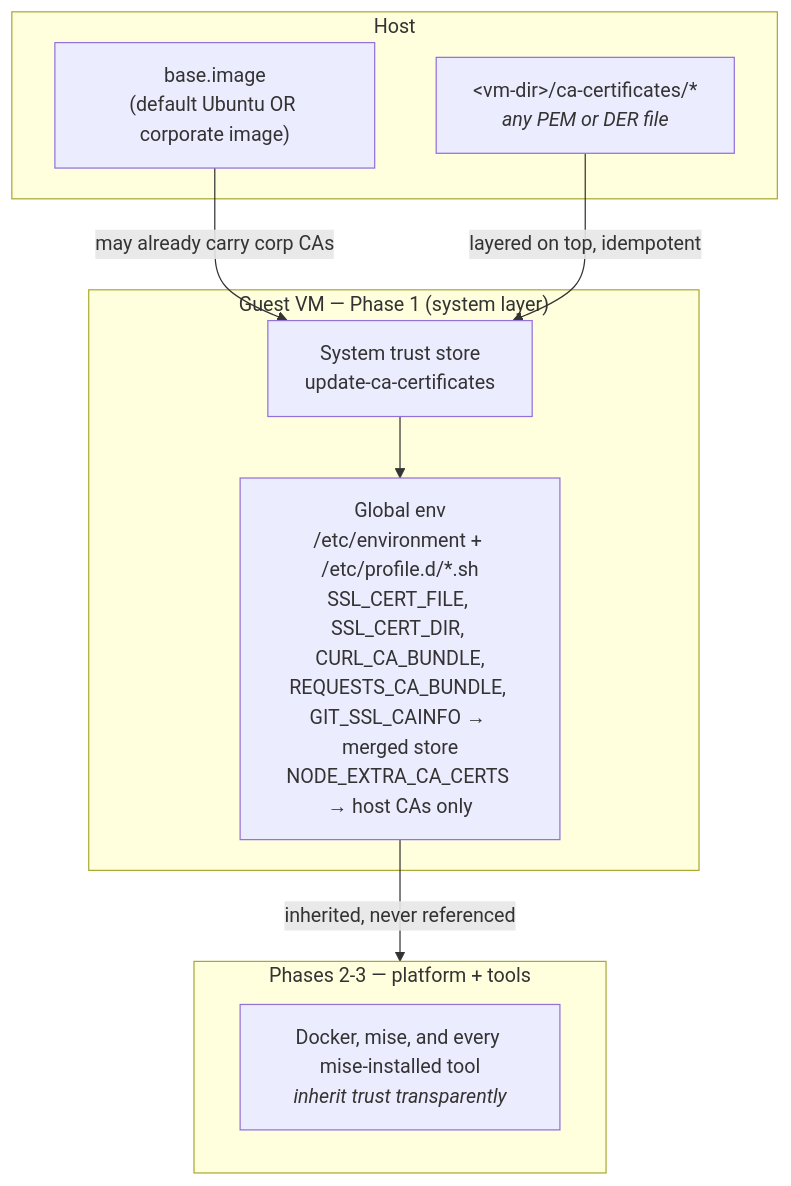
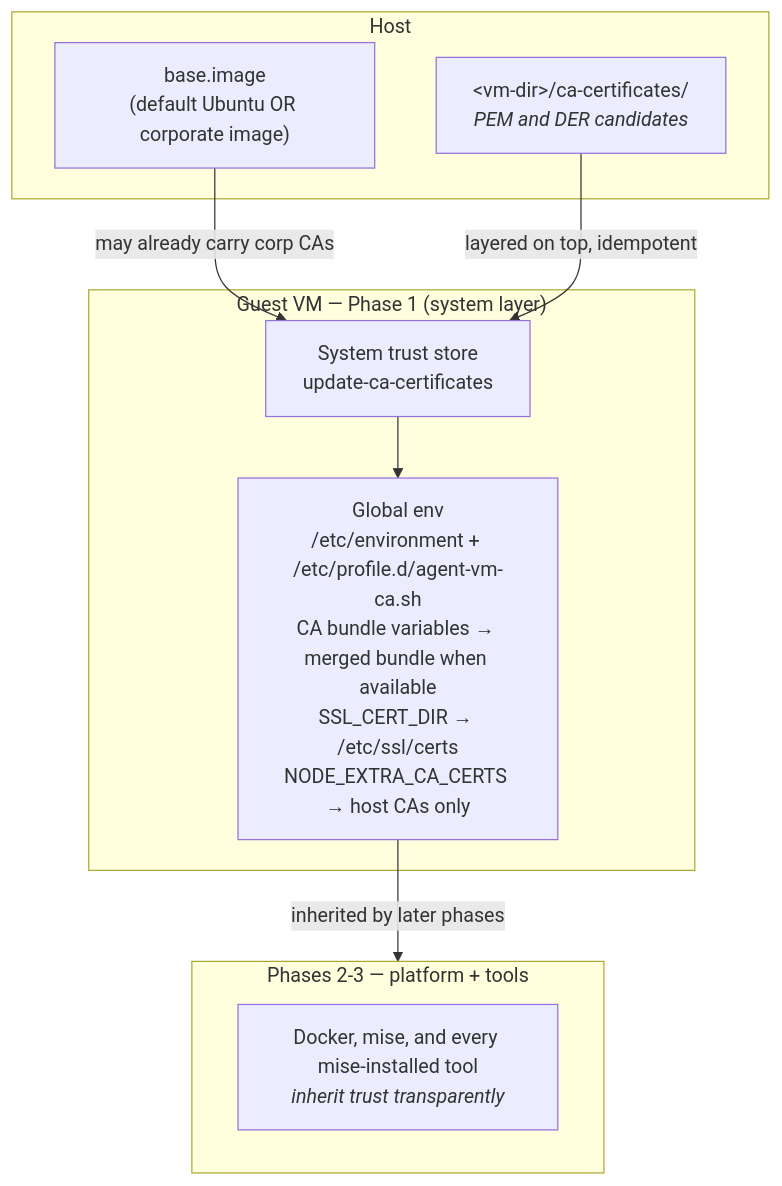
Before and after one commit to MikD1/agent-vm: the fourth of 5 diagrams in docs/architecture.md, drawn with Mermaid. The commit also changed other lines of this file and 5 other files, not shown here.

````diff
--- a/docs/architecture.md
+++ b/docs/architecture.md
@@ -233,21 +242,21 @@
 ```mermaid
 graph TB
     subgraph Host
-        hostca["&lt;vm-dir&gt;/ca-certificates/*<br/><i>any PEM or DER file</i>"]
+        hostca["&lt;vm-dir&gt;/ca-certificates/<br/><i>PEM and DER candidates</i>"]
         baseimg["base.image<br/>(default Ubuntu OR corporate image)"]
     end
 
     subgraph Guest["Guest VM — Phase 1 (system layer)"]
         trust["System trust store<br/>update-ca-certificates"]
-        env["Global env<br/>/etc/environment + /etc/profile.d/*.sh<br/>SSL_CERT_FILE, SSL_CERT_DIR, CURL_CA_BUNDLE,<br/>REQUESTS_CA_BUNDLE, GIT_SSL_CAINFO → merged store<br/>NODE_EXTRA_CA_CERTS → host CAs only"]
+        env["Global env<br/>/etc/environment + /etc/profile.d/agent-vm-ca.sh<br/>CA bundle variables → merged bundle when available<br/>SSL_CERT_DIR → /etc/ssl/certs<br/>NODE_EXTRA_CA_CERTS → host CAs only"]
     end
 
     subgraph Tools["Phases 2-3 — platform + tools"]
         m["Docker, mise, and every mise-installed tool<br/><i>inherit trust transparently</i>"]
     end
 
     baseimg -- "may already carry corp CAs" --> trust
     hostca -- "layered on top, idempotent" --> trust
     trust --> env
-    env -- "inherited, never referenced" --> Tools
+    env -- "inherited by later phases" --> Tools
 ```
````
